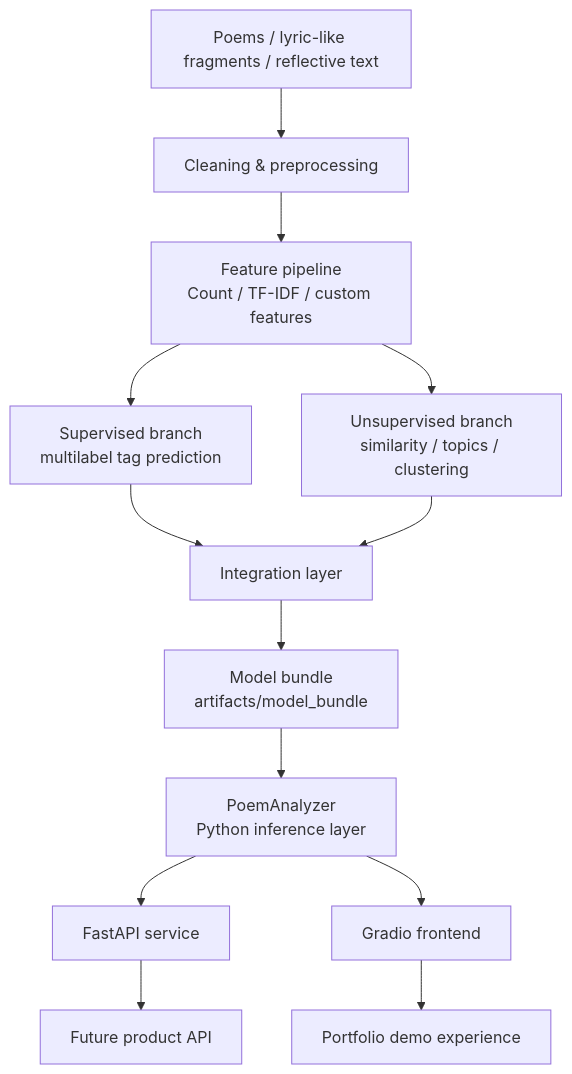
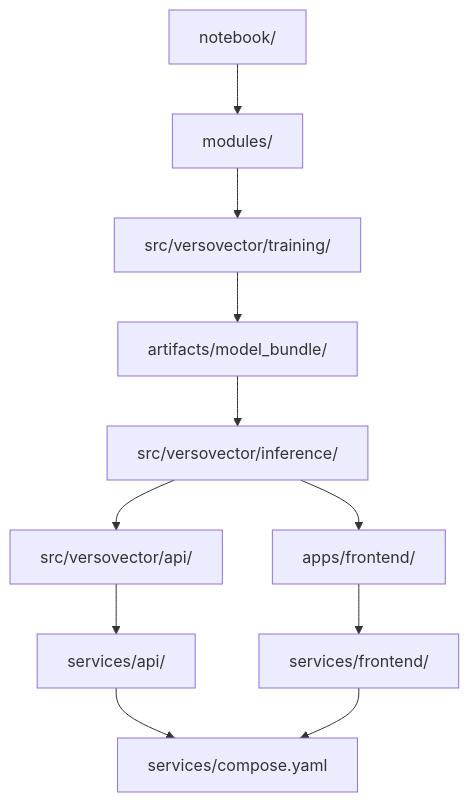
The diagram in docs/versovector/architecture.md (HubertRonald/hubertronald.github.io), drawn with Mermaid before and after one commit. The commit also changed other lines of this file and 14 other files, not shown here.

````diff
--- a/docs/versovector/architecture.md
+++ b/docs/versovector/architecture.md
@@ -9,15 +45,15 @@
 ```mermaid
 flowchart TD
-    Input["Poems / lyric-like fragments / reflective text"] --> Cleaning["Cleaning & preprocessing"]
-    Cleaning --> Features["Feature pipeline<br/>Count / TF-IDF / custom features"]
-    Features --> Supervised["Supervised branch<br/>multilabel tag prediction"]
-    Features --> Unsupervised["Unsupervised branch<br/>similarity / topics / clustering"]
-    Supervised --> Integration["Integration layer"]
-    Unsupervised --> Integration
-    Integration --> Bundle["Model bundle<br/>artifacts/model_bundle"]
-    Bundle --> Inference["PoemAnalyzer<br/>Python inference layer"]
-    Inference --> API["FastAPI service"]
-    Inference --> Frontend["Gradio frontend"]
-    API --> FutureProduct["Future product API"]
-    Frontend --> Demo["Portfolio demo experience"]
+    Notebooks["notebook/"] --> Modules["modules/"]
+    Modules --> Training["src/versovector/training/"]
+    Training --> Bundle["artifacts/model_bundle/"]
+
+    Bundle --> Inference["src/versovector/inference/"]
+    Inference --> API["src/versovector/api/"]
+    Inference --> Frontend["apps/frontend/"]
+
+    API --> ServicesAPI["services/api/"]
+    Frontend --> ServicesFrontend["services/frontend/"]
+    ServicesAPI --> Compose["services/compose.yaml"]
+    ServicesFrontend --> Compose
 ```
````
